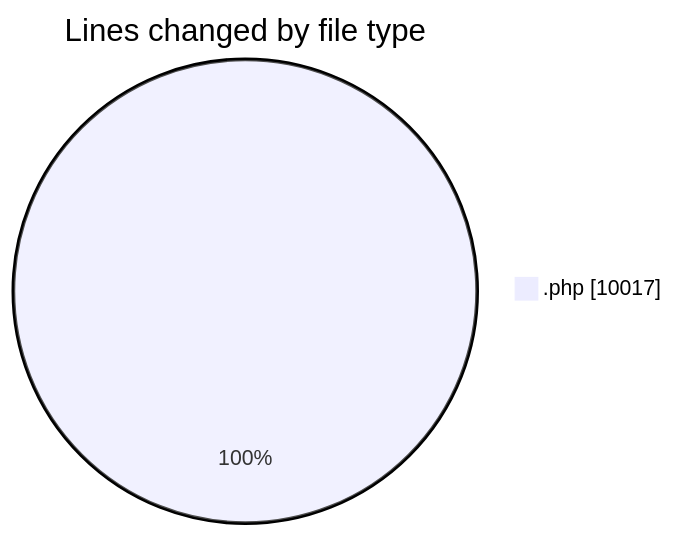
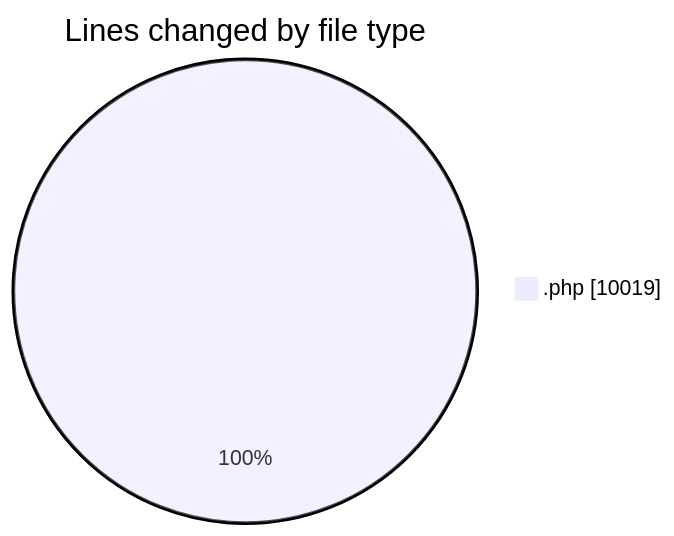
The first of 2 diagrams in 2025-04-10/zeytoon/README.md (vahidmafi/code-tracking), drawn with Mermaid before and after one commit. The commit also changed other lines of this file and 1 other file, not shown here.

````diff
--- a/2025-04-10/zeytoon/README.md
+++ b/2025-04-10/zeytoon/README.md
@@ -31,5 +31,5 @@
 ```mermaid
 pie showData
 title Lines changed by file type
-".php" : 10017
+".php" : 10019
 ```
````
